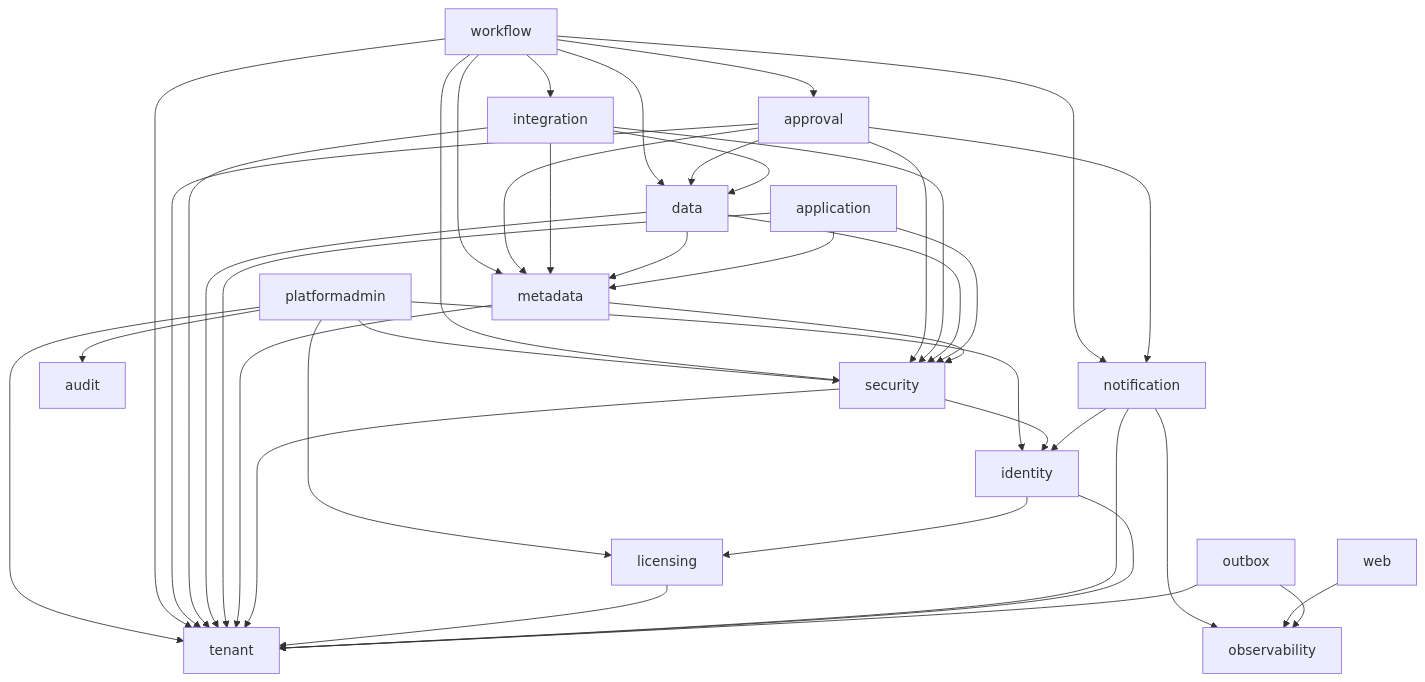
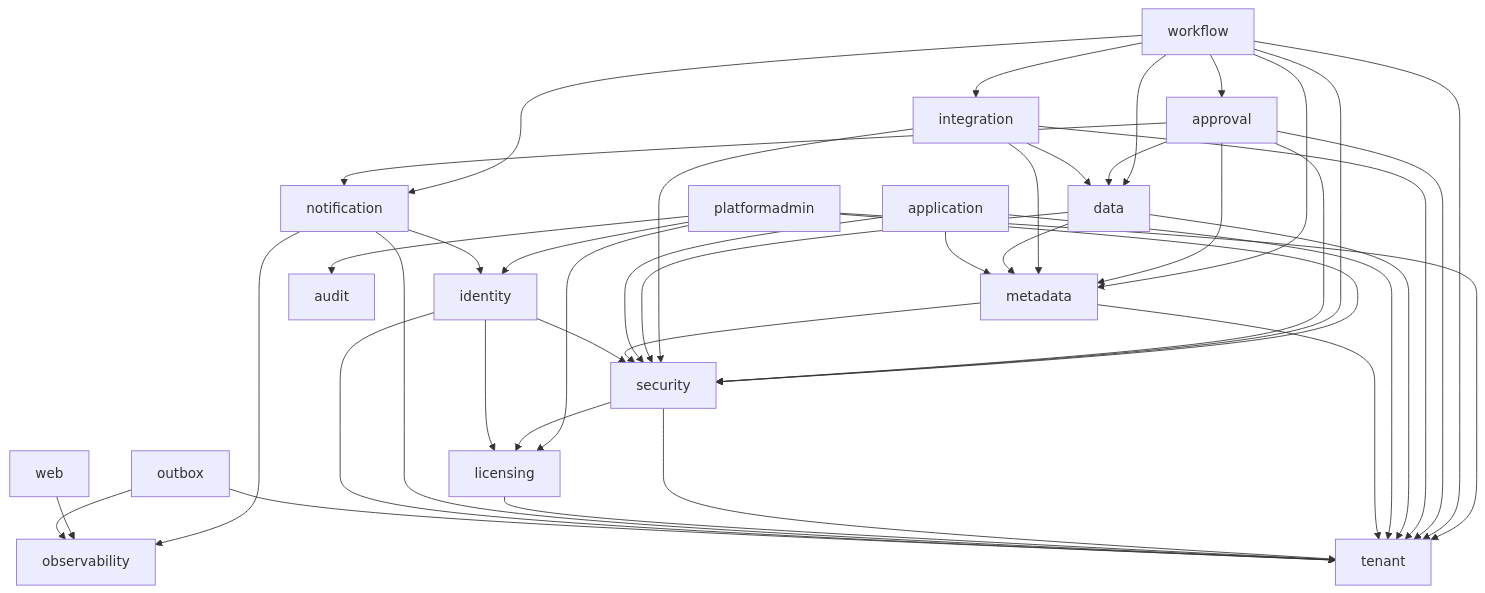
The diagram in docs/modules.md (JKCloudbridge/SaaSJAVA), drawn with Mermaid before and after one commit. The commit also changed other lines of this file and 129 other files, not shown here.

````diff
--- a/docs/modules.md
+++ b/docs/modules.md
@@ -30,16 +30,16 @@
 ```mermaid
 graph TD
   platformadmin --> licensing & identity & security & audit & tenant
   workflow --> approval & integration & notification & data & metadata & security & tenant
   approval --> notification & data & metadata & security & tenant
   integration --> data & metadata & security & tenant
   data --> metadata & security & tenant
   application --> metadata & security & tenant
   metadata --> security & tenant
-  security --> identity & tenant
+  security --> licensing & tenant
   licensing --> tenant
   notification --> identity & tenant & observability
-  identity --> tenant & licensing
+  identity --> tenant & licensing & security
   web --> observability
   outbox --> tenant & observability
 ```
````
